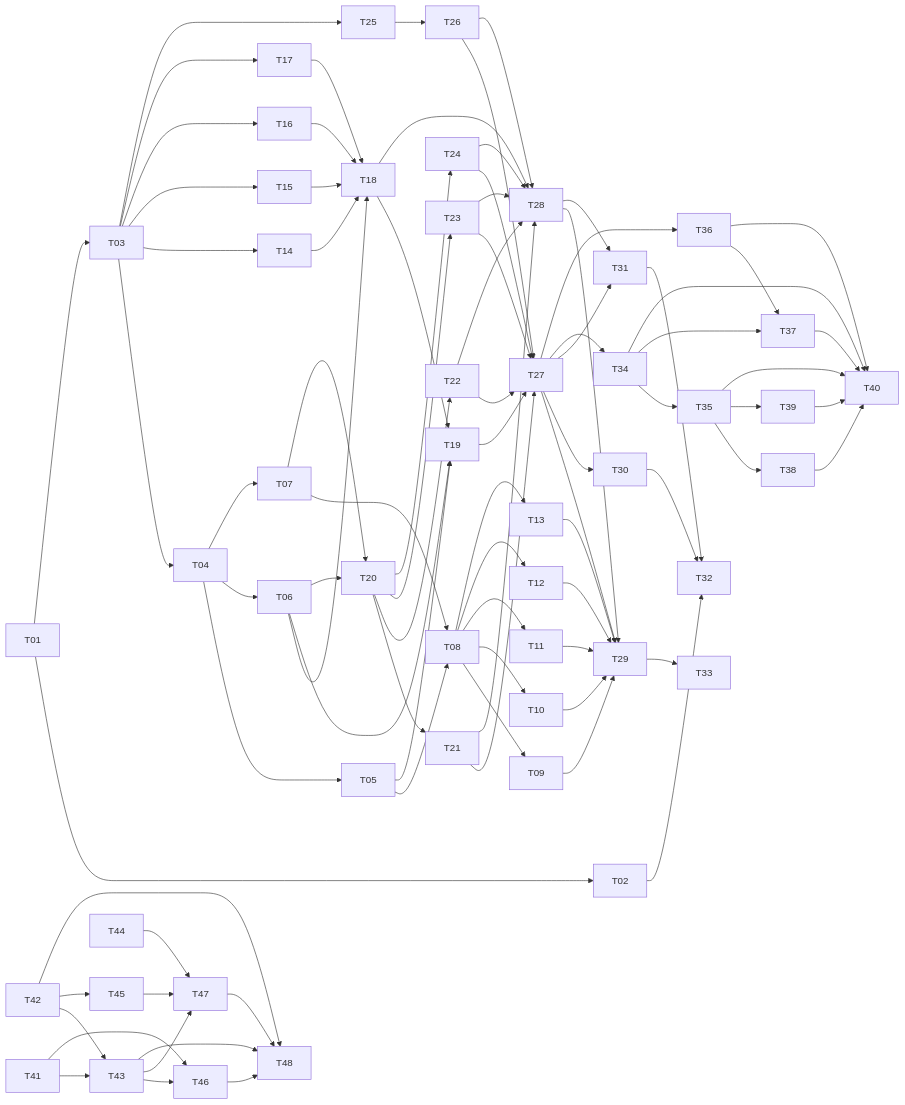
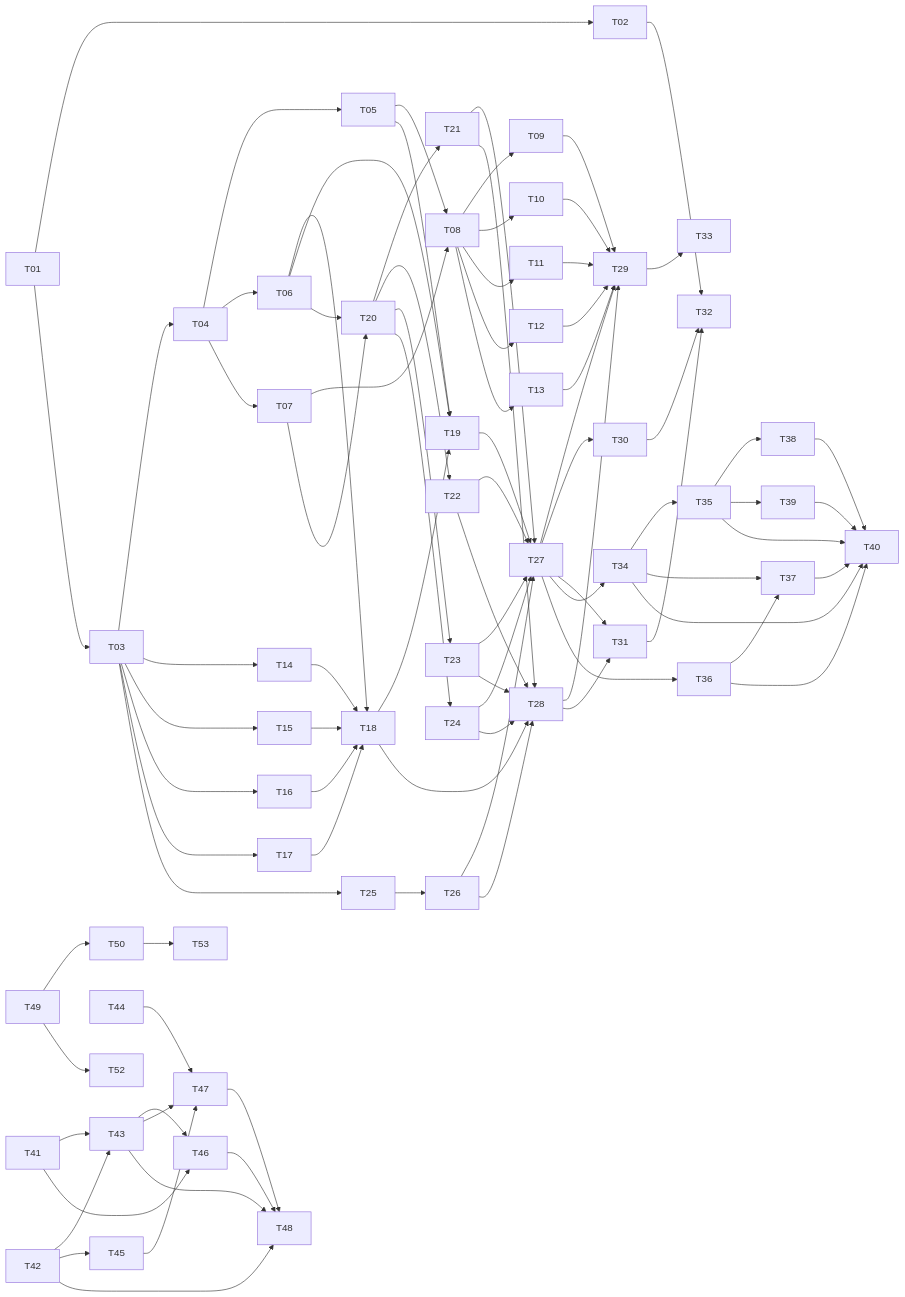
Before and after one commit to qivora-labs/agentinit: the diagram in docs/tasks/README.md, drawn with Mermaid. The commit also changed other lines of this file and 7 other files, not shown here.

````diff
--- a/docs/tasks/README.md
+++ b/docs/tasks/README.md
@@ -46,33 +46,35 @@
 ```mermaid
 graph LR
   T01 --> T02
   T01 --> T03
   T03 --> T04
   T04 --> T05 & T06 & T07
   T05 & T07 --> T08
   T08 --> T09 & T10 & T11 & T12 & T13
   T03 --> T14 & T15 & T16 & T17
   T06 & T14 & T15 & T16 & T17 --> T18
   T05 & T06 & T18 --> T19
   T06 & T07 --> T20
   T20 --> T21 & T22 & T23 & T24
   T03 --> T25
   T25 --> T26
   T19 & T21 & T22 & T23 & T24 & T26 --> T27
   T18 & T21 & T22 & T23 & T24 & T26 --> T28
   T27 & T28 & T09 & T10 & T11 & T12 & T13 --> T29
   T27 --> T30
   T27 & T28 --> T31
   T02 & T30 & T31 --> T32
   T29 --> T33
   T27 --> T34 & T36
   T34 --> T35
   T34 & T36 --> T37
   T35 --> T38 & T39
   T34 & T35 & T36 & T37 & T38 & T39 --> T40
   T41 & T42 --> T43
   T42 --> T45
   T41 & T43 --> T46
   T43 & T44 & T45 --> T47
   T42 & T43 & T46 & T47 --> T48
+  T49 --> T50 & T52
+  T50 --> T53
 ```
````
